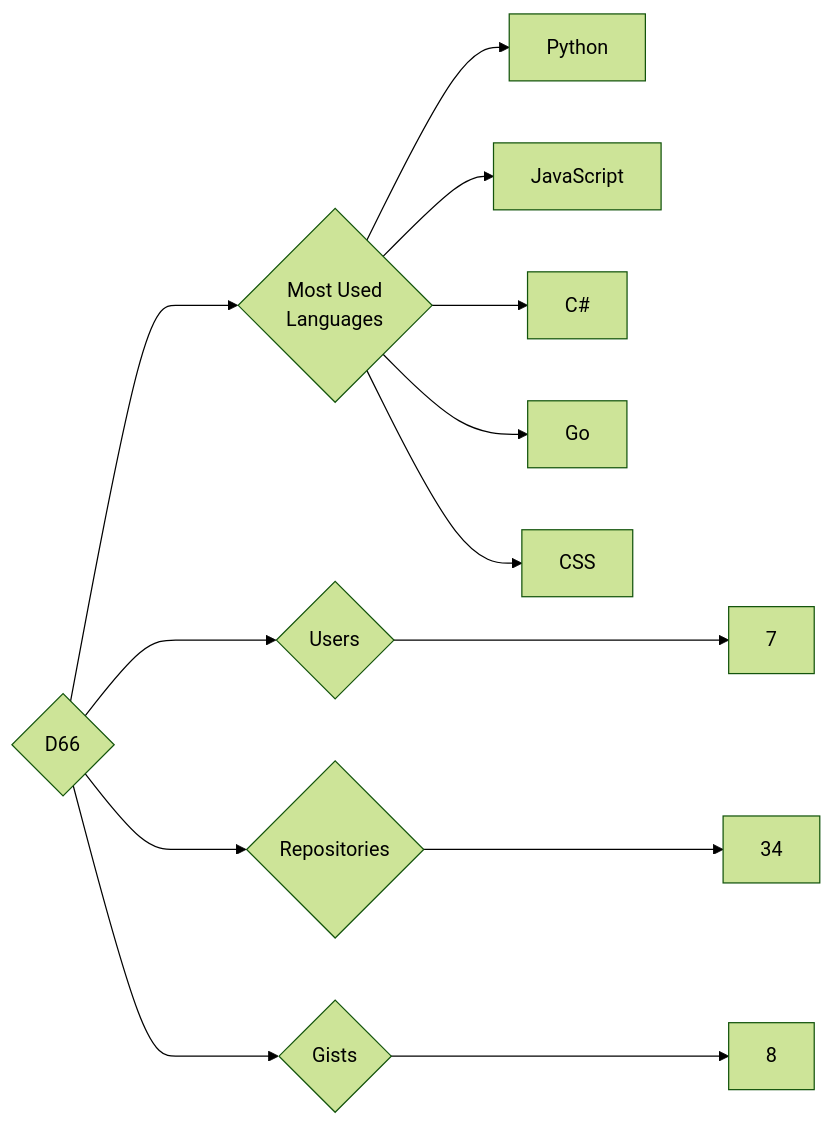
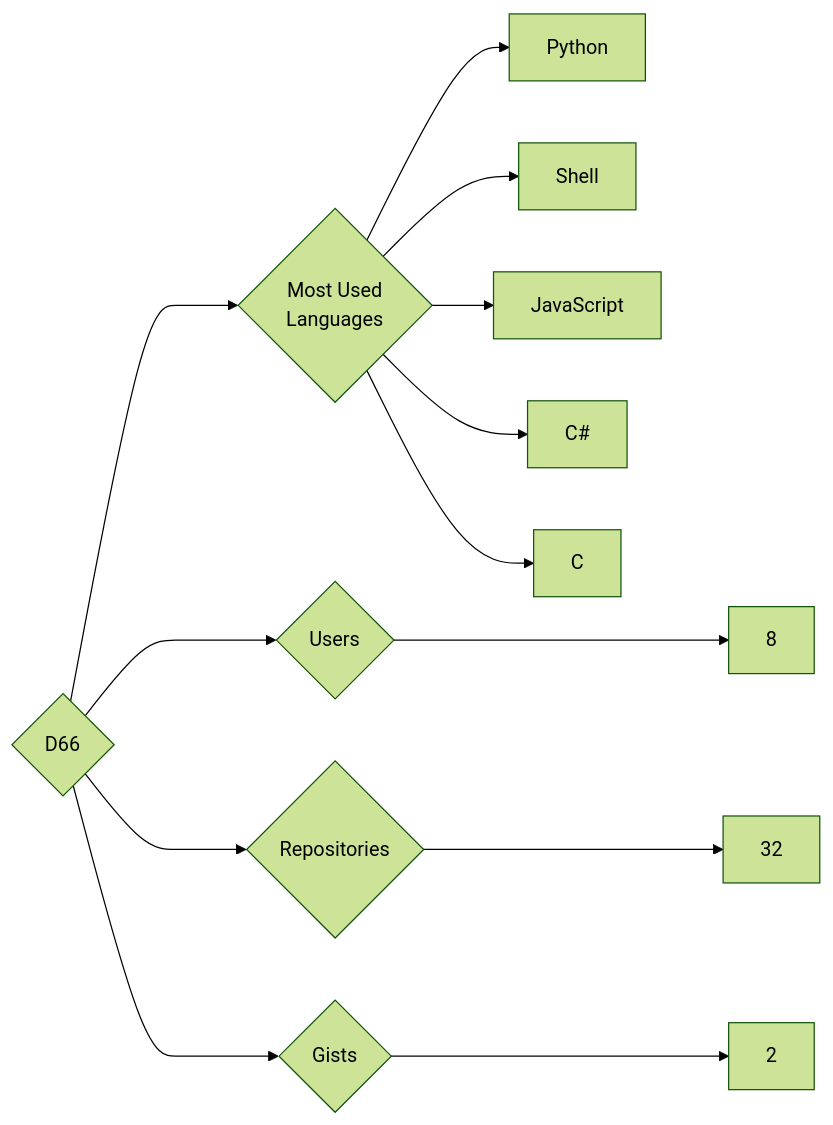
The diagram in targets/D66/README.md (trickest/insiders), drawn with Mermaid (forest theme) before and after one commit. The commit also changed 752 other files, not shown here.

````diff
--- a/targets/D66/README.md
+++ b/targets/D66/README.md
@@ -3,13 +3,13 @@
 ```mermaid
 graph LR
 COMPANY_NAME{D66}
-COMPANY_NAME ---> U{Users} ---> UN[7]
-COMPANY_NAME ---> R{Repositories} ---> RN[34]
-COMPANY_NAME ---> G{Gists} ---> GN[8]
+COMPANY_NAME ---> U{Users} ---> UN[8]
+COMPANY_NAME ---> R{Repositories} ---> RN[32]
+COMPANY_NAME ---> G{Gists} ---> GN[2]
 COMPANY_NAME ---> ML{Most Used<br>Languages}
 ML --> Python[Python]
+ML --> Shell[Shell]
 ML --> JavaScript[JavaScript]
 ML --> C#[C#]
-ML --> Go[Go]
-ML --> CSS[CSS]
+ML --> C[C]
 ```
````
